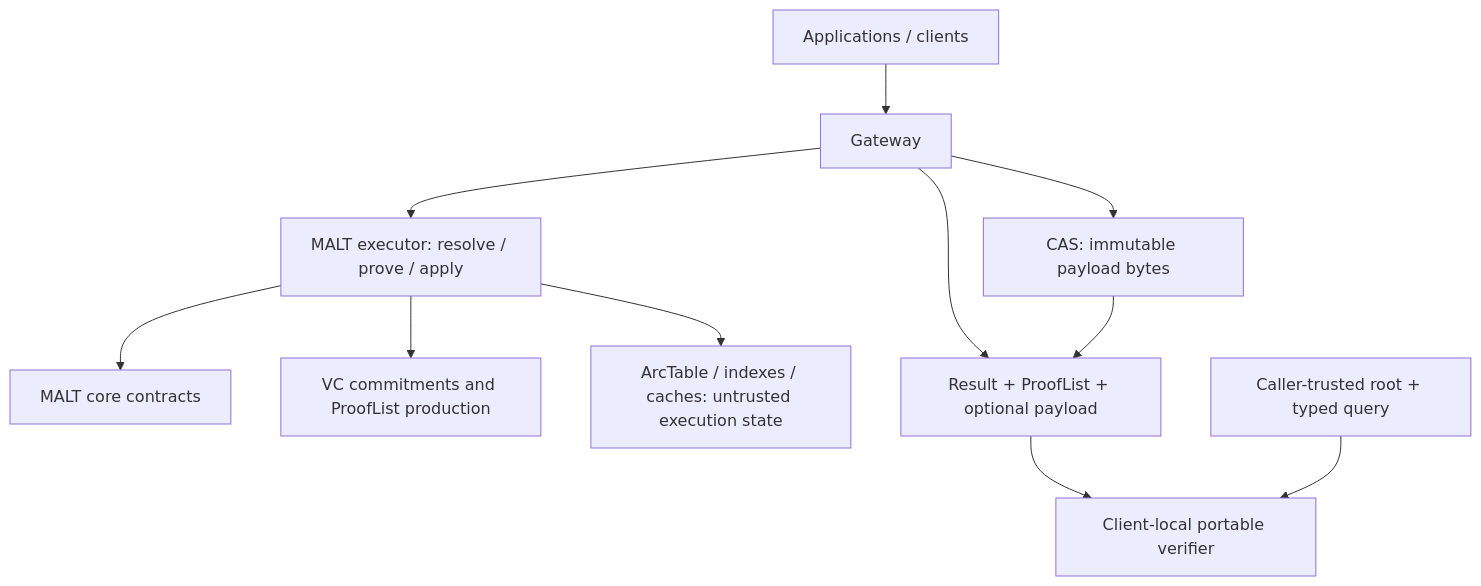
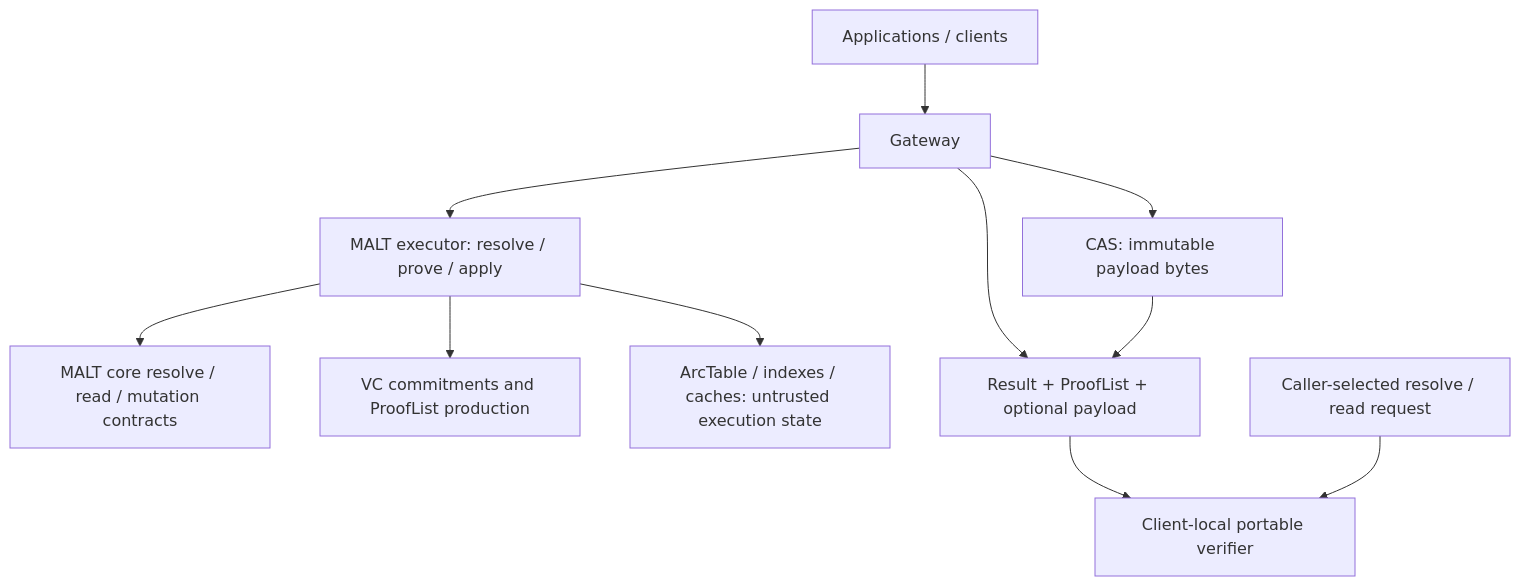
The first of 2 diagrams in profile/README.md (DeWebProtocol/.github), drawn with Mermaid before and after one commit. The commit also changed other lines of this file and 1 other file, not shown here.

Commit message:
docs: align resolve read contracts

````diff
--- a/profile/README.md
+++ b/profile/README.md
@@ -120,13 +122,13 @@
 ```mermaid
 flowchart TB
   app["Applications / clients"] --> gateway["Gateway"]
   gateway --> executor["MALT executor: resolve / prove / apply"]
-  executor --> core["MALT core contracts"]
+  executor --> core["MALT core resolve / read / mutation contracts"]
   gateway --> cas["CAS: immutable payload bytes"]
   executor --> vc["VC commitments and ProofList production"]
   executor --> materialized["ArcTable / indexes / caches: untrusted execution state"]
   gateway --> response["Result + ProofList + optional payload"]
   cas --> response
   response --> verifier["Client-local portable verifier"]
-  root["Caller-trusted root + typed query"] --> verifier
+  root["Caller-selected resolve / read request"] --> verifier
 ```
````
